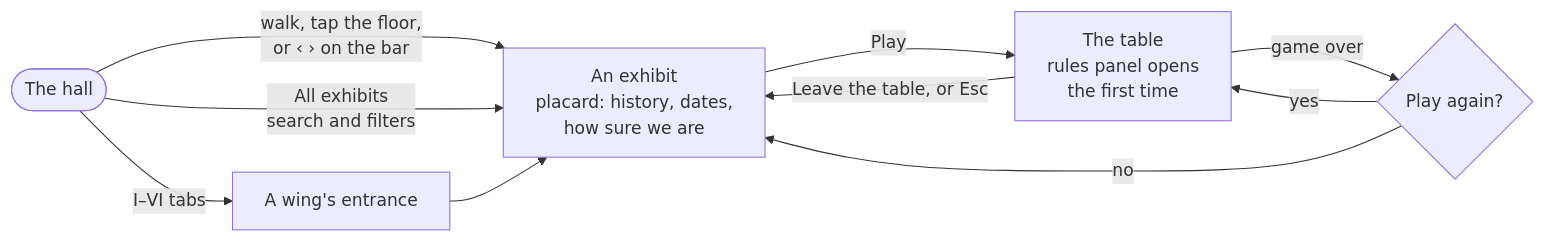
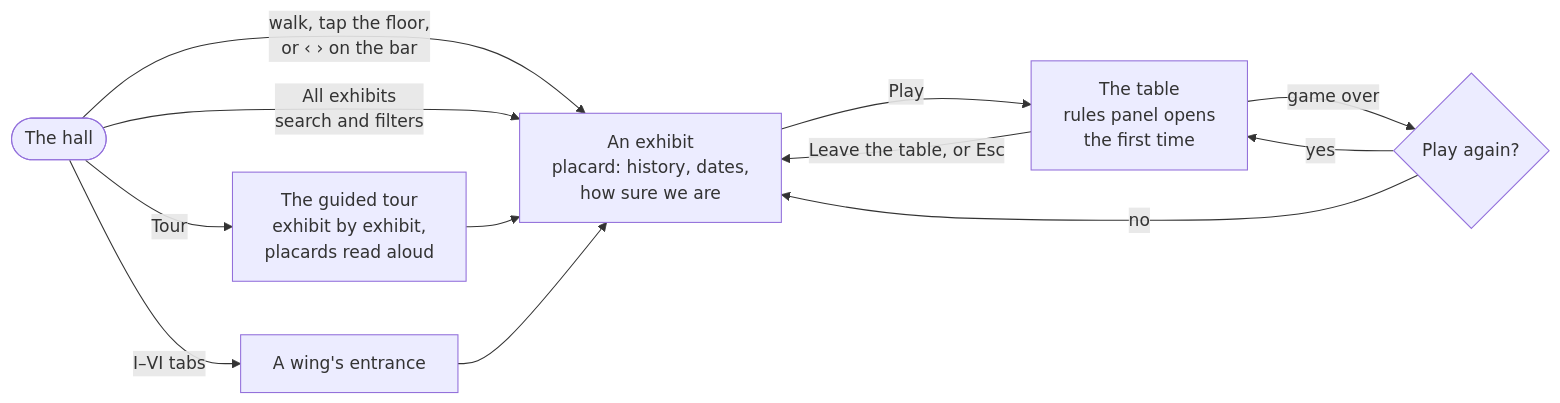
Before and after one commit to CptNope/Librarium-Archives: the first of 2 diagrams in docs/visiting.md, drawn with Mermaid. The commit also changed other lines of this file and 16 other files, not shown here.

````diff
--- a/docs/visiting.md
+++ b/docs/visiting.md
@@ -5,12 +5,14 @@
 ```mermaid
 flowchart LR
     hall(["The hall"]) -->|"walk, tap the floor,<br/>or ‹ › on the bar"| ex["An exhibit<br/>placard: history, dates,<br/>how sure we are"]
     hall -->|"I–VI tabs"| wing["A wing's entrance"]
     hall -->|"All exhibits<br/>search and filters"| ex
+    hall -->|"Tour"| tour["The guided tour<br/>exhibit by exhibit,<br/>placards read aloud"]
+    tour --> ex
     wing --> ex
     ex -->|"Play"| table["The table<br/>rules panel opens<br/>the first time"]
     table -->|"Leave the table, or Esc"| ex
     table -->|"game over"| again{"Play again?"}
     again -->|yes| table
     again -->|no| ex
 ```
````
